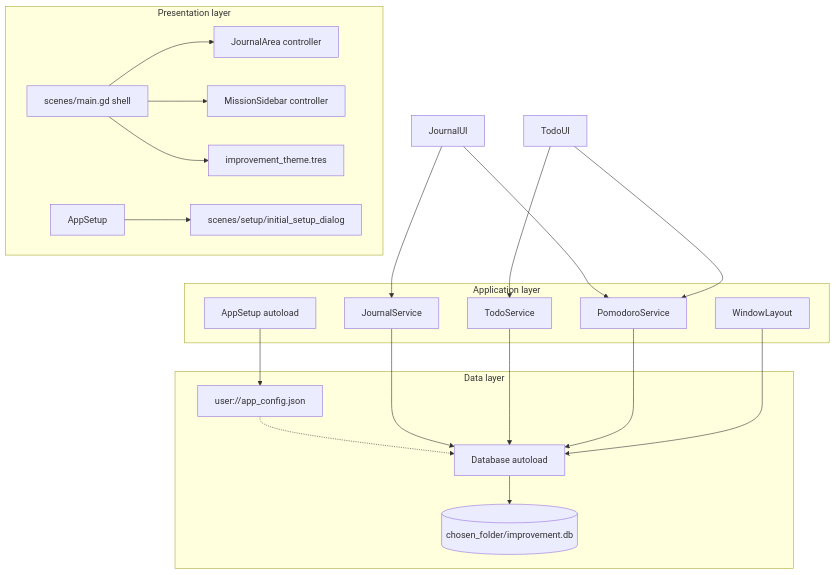
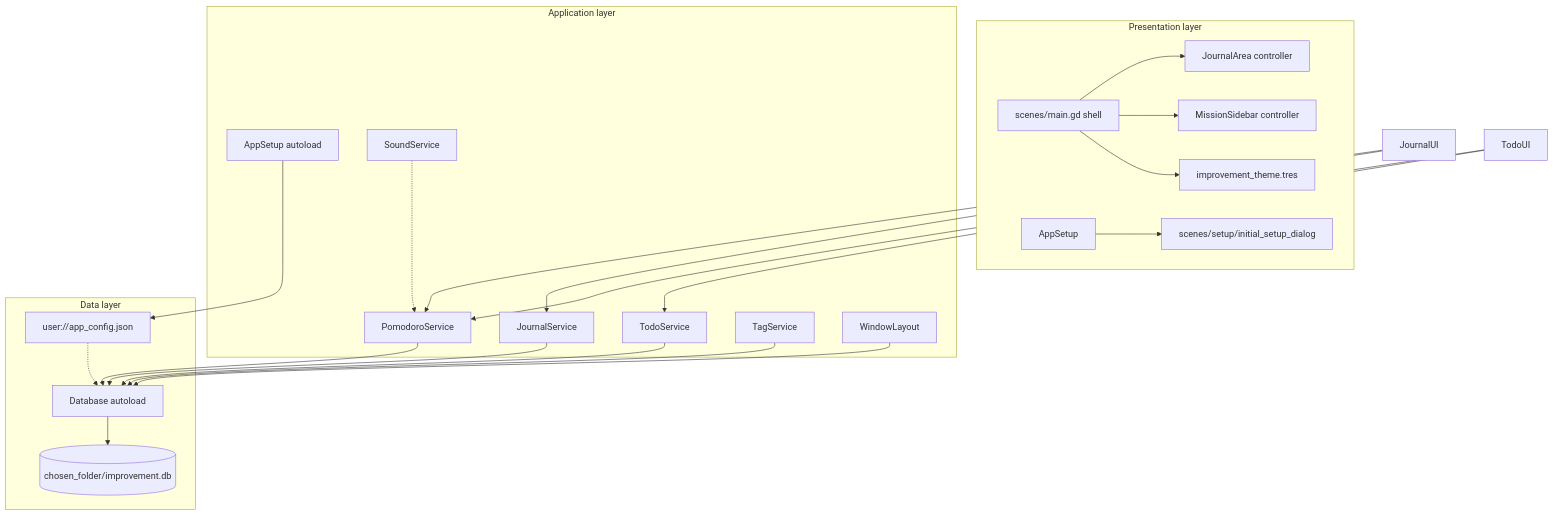
Before and after one commit to dgraham-io/improvement: the diagram in docs/architecture.md, drawn with Mermaid. The commit also changed other lines of this file and 16 other files, not shown here.

````diff
--- a/docs/architecture.md
+++ b/docs/architecture.md
@@ -27,40 +27,44 @@
 ```mermaid
 flowchart TB
   subgraph presentation [Presentation layer]
 	Main[scenes/main.gd shell]
 	Setup[scenes/setup/initial_setup_dialog]
 	JournalArea[JournalArea controller]
 	MissionSidebar[MissionSidebar controller]
 	Theme[improvement_theme.tres]
 	Main --> JournalArea
 	Main --> MissionSidebar
 	Main --> Theme
 	AppSetup --> Setup
   end
 
   subgraph application [Application layer]
 	AppSetupSvc[AppSetup autoload]
 	JournalSvc[JournalService]
 	TodoSvc[TodoService]
 	TimerSvc[PomodoroService]
+	TagSvc[TagService]
+	SoundSvc[SoundService]
 	WinLayout[WindowLayout]
   end
 
   subgraph data [Data layer]
 	AppConfig[user://app_config.json]
 	DbAutoload[Database autoload]
 	SQLite[(chosen_folder/improvement.db)]
 	DbAutoload --> SQLite
 	AppConfig -.-> DbAutoload
   end
 
   JournalUI --> JournalSvc
   TodoUI --> TodoSvc
   JournalUI --> TimerSvc
   TodoUI --> TimerSvc
   JournalSvc --> DbAutoload
   TodoSvc --> DbAutoload
   TimerSvc --> DbAutoload
+  TagSvc --> DbAutoload
+  SoundSvc -.-> TimerSvc
   WinLayout --> DbAutoload
   AppSetupSvc --> AppConfig
 ```
````
